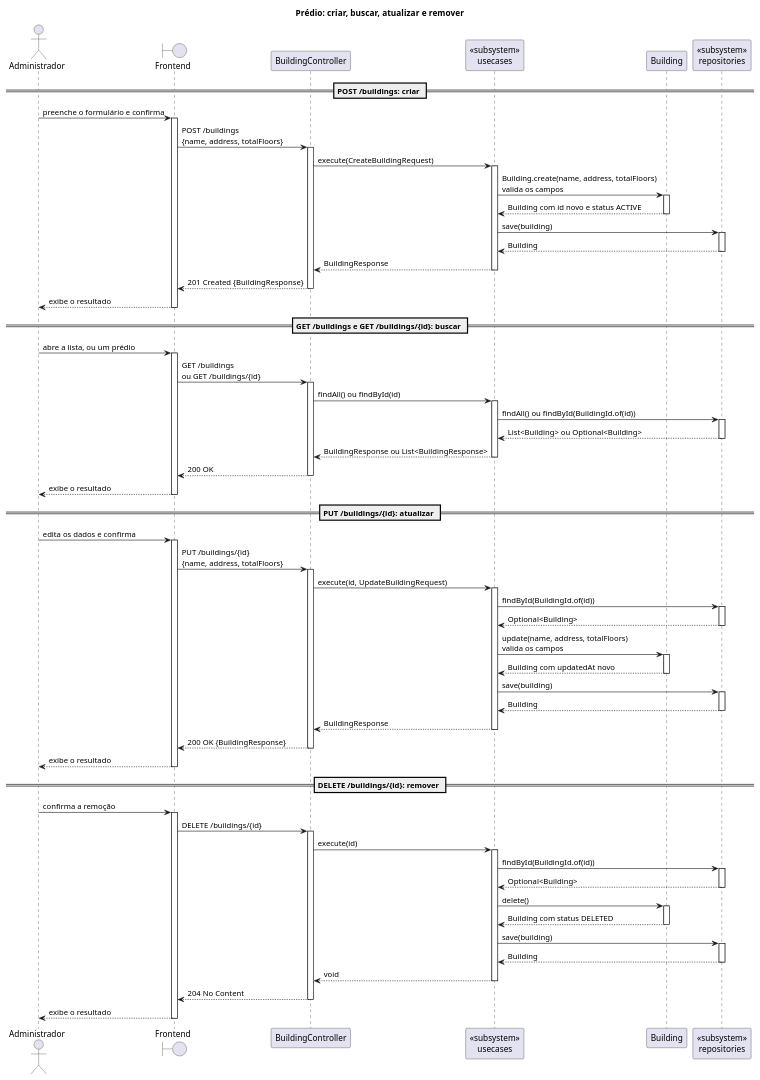
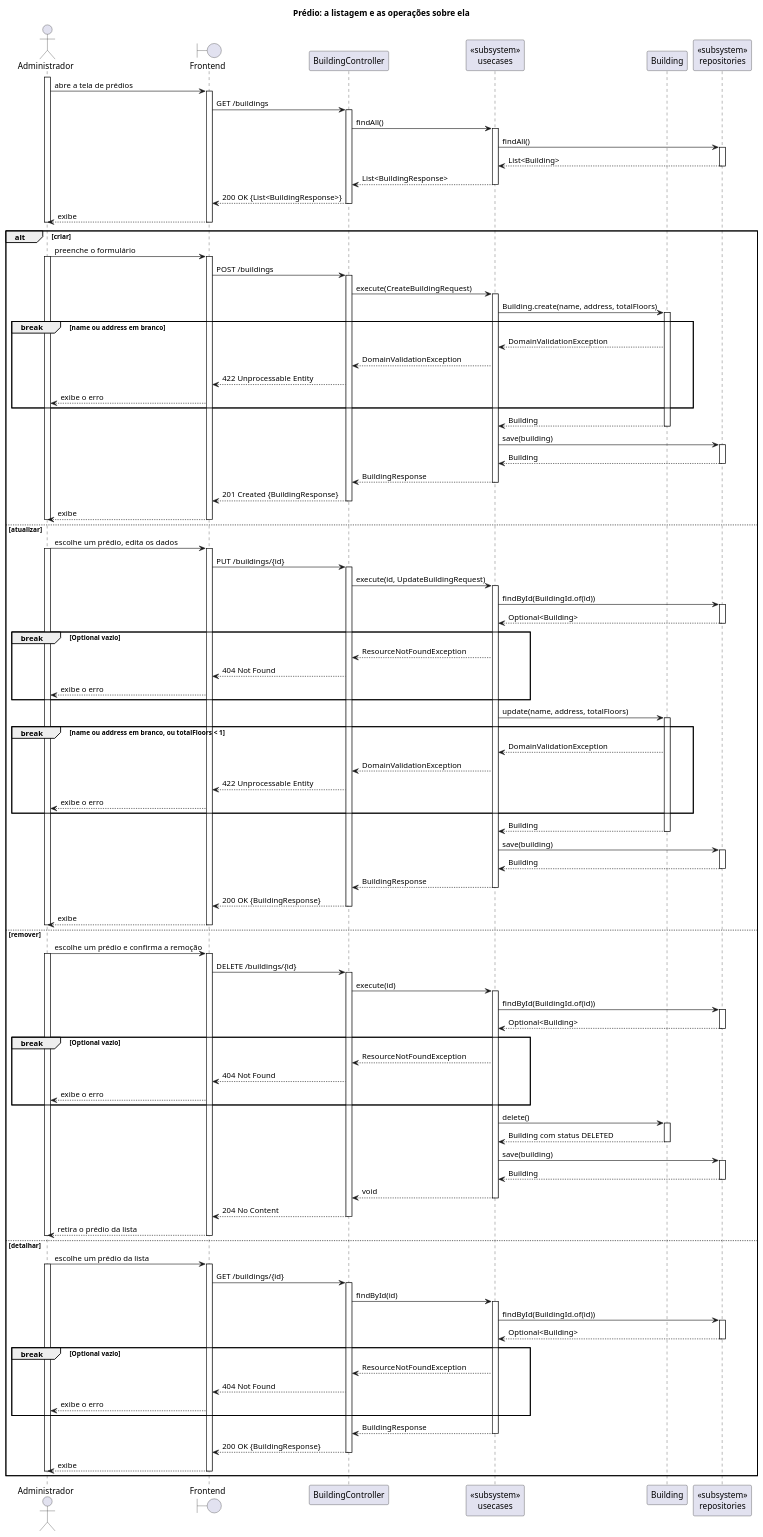
The diagram in src/plantuml/sequencia/simples/building.puml (Neoguara/rooms-diagrams), drawn with PlantUML before and after one commit. The commit also changed 6 other files, not shown here.

```diff
--- a/src/plantuml/sequencia/simples/building.puml
+++ b/src/plantuml/sequencia/simples/building.puml
@@ -1,14 +1,22 @@
 @startuml building_simples
 
 ' Recorte de prédio do módulo room, inteiro em um arquivo, no estilo simplista. Os
-' diagramas completos continuam em sequencia/building/, e é lá que estão os desvios.
+' diagramas completos continuam em sequencia/building/, e é lá que estão todos os desvios.
 '
-' Cinco cortes em relação a eles:
+' A forma do diagrama segue o uso da tela: abrir a tela de prédios lista, e a listagem é
+' obrigatória, acontece antes de tudo e não é alternativa a nada. Só depois dela o
+' administrador escolhe uma das operações, e é essa escolha que o alt representa.
+'
+' Cinco cortes em relação aos diagramas completos:
 '   1. Porta e implementação viram um participante só, tipado como «subsystem».
-'   2. Só o caminho de sucesso. Nenhum alt: os erros (404, 422) estão nos diagramas
-'      completos, e as guardas de status estão em estado/building_status.puml.
+'   2. Os desvios são marcados com break, o fragmento que cancela o resto da interação,
+'      que é o que o throw faz: 404 nas três operações que buscam por id e 422 nas duas
+'      que validam campos, criar e atualizar. O update roda o mesmo BuildingValidator do
+'      create, por isso o atualizar tem dois. O 422 do delete, que exige INACTIVE, fica
+'      em estado/building_status.puml.
 '   3. Nenhuma mensagem para si mesmo: fluxo interno não é troca entre participantes.
-'   4. Ativação só em trecho reto, abrindo e fechando no mesmo nível.
+'   4. Ativação só em trecho reto, abrindo e fechando no mesmo nível. As barras aninham:
+'      a do ator cobre a interação inteira, e cada camada abaixo ocupa menos tempo.
 '   5. O armazenamento não aparece. As mensagens param no participante de repositório,
 '      e a consulta ou gravação fica implícita: o que importa é a conversa entre as
 '      camadas, não o SQL.
@@ -19,7 +27,7 @@
 ' O PATCH /buildings/{id}/status fica de fora: as transições estão em
 ' estado/building_status.puml.
 
-title Prédio: criar, buscar, atualizar e remover
+title Prédio: a listagem e as operações sobre ela
 
 actor "Administrador" as Ator
 boundary "Frontend" as FE
@@ -30,113 +38,178 @@
 participant "Building" as Entity
 participant "<<subsystem>>\nrepositories" as Repo
 
-== POST /buildings: criar ==
-
-Ator -> FE: preenche o formulário e confirma
+activate Ator
+Ator -> FE: abre a tela de prédios
 activate FE
-FE -> Ctrl: POST /buildings\n{name, address, totalFloors}
+FE -> Ctrl: GET /buildings
 activate Ctrl
-Ctrl -> UC: execute(CreateBuildingRequest)
+Ctrl -> UC: findAll()
 activate UC
 
-UC -> Entity: Building.create(name, address, totalFloors)\nvalida os campos
-activate Entity
-Entity --> UC: Building com id novo e status ACTIVE
-deactivate Entity
-
-UC -> Repo: save(building)
+UC -> Repo: findAll()
 activate Repo
-Repo --> UC: Building
+Repo --> UC: List<Building>
 deactivate Repo
 
-UC --> Ctrl: BuildingResponse
+UC --> Ctrl: List<BuildingResponse>
 deactivate UC
-Ctrl --> FE: 201 Created {BuildingResponse}
+Ctrl --> FE: 200 OK {List<BuildingResponse>}
 deactivate Ctrl
-FE --> Ator: exibe o resultado
+FE --> Ator: exibe
 deactivate FE
+deactivate Ator
 
-== GET /buildings e GET /buildings/{id}: buscar ==
+alt criar
 
-Ator -> FE: abre a lista, ou um prédio
-activate FE
-FE -> Ctrl: GET /buildings\nou GET /buildings/{id}
-activate Ctrl
-Ctrl -> UC: findAll() ou findById(id)
-activate UC
+  Ator -> FE: preenche o formulário
+  activate Ator
+  activate FE
+  FE -> Ctrl: POST /buildings
+  activate Ctrl
+  Ctrl -> UC: execute(CreateBuildingRequest)
+  activate UC
 
-UC -> Repo: findAll() ou findById(BuildingId.of(id))
-activate Repo
-Repo --> UC: List<Building> ou Optional<Building>
-deactivate Repo
+  UC -> Entity: Building.create(name, address, totalFloors)
+  activate Entity
 
-UC --> Ctrl: BuildingResponse ou List<BuildingResponse>
-deactivate UC
-Ctrl --> FE: 200 OK
-deactivate Ctrl
-FE --> Ator: exibe o resultado
-deactivate FE
+  break name ou address em branco
+    Entity --> UC: DomainValidationException
+    UC --> Ctrl: DomainValidationException
+    Ctrl --> FE: 422 Unprocessable Entity
+    FE --> Ator: exibe o erro
+  end
 
-== PUT /buildings/{id}: atualizar ==
+  Entity --> UC: Building
+  deactivate Entity
 
-Ator -> FE: edita os dados e confirma
-activate FE
-FE -> Ctrl: PUT /buildings/{id}\n{name, address, totalFloors}
-activate Ctrl
-Ctrl -> UC: execute(id, UpdateBuildingRequest)
-activate UC
+  UC -> Repo: save(building)
+  activate Repo
+  Repo --> UC: Building
+  deactivate Repo
 
-UC -> Repo: findById(BuildingId.of(id))
-activate Repo
-Repo --> UC: Optional<Building>
-deactivate Repo
+  UC --> Ctrl: BuildingResponse
+  deactivate UC
+  Ctrl --> FE: 201 Created {BuildingResponse}
+  deactivate Ctrl
+  FE --> Ator: exibe
+  deactivate FE
+  deactivate Ator
 
-UC -> Entity: update(name, address, totalFloors)\nvalida os campos
-activate Entity
-Entity --> UC: Building com updatedAt novo
-deactivate Entity
+else atualizar
 
-UC -> Repo: save(building)
-activate Repo
-Repo --> UC: Building
-deactivate Repo
+  Ator -> FE: escolhe um prédio, edita os dados
+  activate Ator
+  activate FE
+  FE -> Ctrl: PUT /buildings/{id}
+  activate Ctrl
+  Ctrl -> UC: execute(id, UpdateBuildingRequest)
+  activate UC
 
-UC --> Ctrl: BuildingResponse
-deactivate UC
-Ctrl --> FE: 200 OK {BuildingResponse}
-deactivate Ctrl
-FE --> Ator: exibe o resultado
-deactivate FE
+  UC -> Repo: findById(BuildingId.of(id))
+  activate Repo
+  Repo --> UC: Optional<Building>
+  deactivate Repo
 
-== DELETE /buildings/{id}: remover ==
+  break Optional vazio
+    UC --> Ctrl: ResourceNotFoundException
+    Ctrl --> FE: 404 Not Found
+    FE --> Ator: exibe o erro
+  end
 
-Ator -> FE: confirma a remoção
-activate FE
-FE -> Ctrl: DELETE /buildings/{id}
-activate Ctrl
-Ctrl -> UC: execute(id)
-activate UC
+  UC -> Entity: update(name, address, totalFloors)
+  activate Entity
 
-UC -> Repo: findById(BuildingId.of(id))
-activate Repo
-Repo --> UC: Optional<Building>
-deactivate Repo
+  break name ou address em branco, ou totalFloors < 1
+    Entity --> UC: DomainValidationException
+    UC --> Ctrl: DomainValidationException
+    Ctrl --> FE: 422 Unprocessable Entity
+    FE --> Ator: exibe o erro
+  end
 
-UC -> Entity: delete()
-activate Entity
-Entity --> UC: Building com status DELETED
-deactivate Entity
+  Entity --> UC: Building
+  deactivate Entity
 
-UC -> Repo: save(building)
-activate Repo
-Repo --> UC: Building
-deactivate Repo
+  UC -> Repo: save(building)
+  activate Repo
+  Repo --> UC: Building
+  deactivate Repo
 
-UC --> Ctrl: void
-deactivate UC
-Ctrl --> FE: 204 No Content
-deactivate Ctrl
-FE --> Ator: exibe o resultado
-deactivate FE
+  UC --> Ctrl: BuildingResponse
+  deactivate UC
+  Ctrl --> FE: 200 OK {BuildingResponse}
+  deactivate Ctrl
+  FE --> Ator: exibe
+  deactivate FE
+  deactivate Ator
+
+else remover
+
+  Ator -> FE: escolhe um prédio e confirma a remoção
+  activate Ator
+  activate FE
+  FE -> Ctrl: DELETE /buildings/{id}
+  activate Ctrl
+  Ctrl -> UC: execute(id)
+  activate UC
+
+  UC -> Repo: findById(BuildingId.of(id))
+  activate Repo
+  Repo --> UC: Optional<Building>
+  deactivate Repo
+
+  break Optional vazio
+    UC --> Ctrl: ResourceNotFoundException
+    Ctrl --> FE: 404 Not Found
+    FE --> Ator: exibe o erro
+  end
+
+  UC -> Entity: delete()
+  activate Entity
+  Entity --> UC: Building com status DELETED
+  deactivate Entity
+
+  UC -> Repo: save(building)
+  activate Repo
+  Repo --> UC: Building
+  deactivate Repo
+
+  UC --> Ctrl: void
+  deactivate UC
+  Ctrl --> FE: 204 No Content
+  deactivate Ctrl
+  FE --> Ator: retira o prédio da lista
+  deactivate FE
+  deactivate Ator
+
+else detalhar
+
+  Ator -> FE: escolhe um prédio da lista
+  activate Ator
+  activate FE
+  FE -> Ctrl: GET /buildings/{id}
+  activate Ctrl
+  Ctrl -> UC: findById(id)
+  activate UC
+
+  UC -> Repo: findById(BuildingId.of(id))
+  activate Repo
+  Repo --> UC: Optional<Building>
+  deactivate Repo
+
+  break Optional vazio
+    UC --> Ctrl: ResourceNotFoundException
+    Ctrl --> FE: 404 Not Found
+    FE --> Ator: exibe o erro
+  end
+
+  UC --> Ctrl: BuildingResponse
+  deactivate UC
+  Ctrl --> FE: 200 OK {BuildingResponse}
+  deactivate Ctrl
+  FE --> Ator: exibe
+  deactivate FE
+  deactivate Ator
+
+end
 
 @enduml
```
